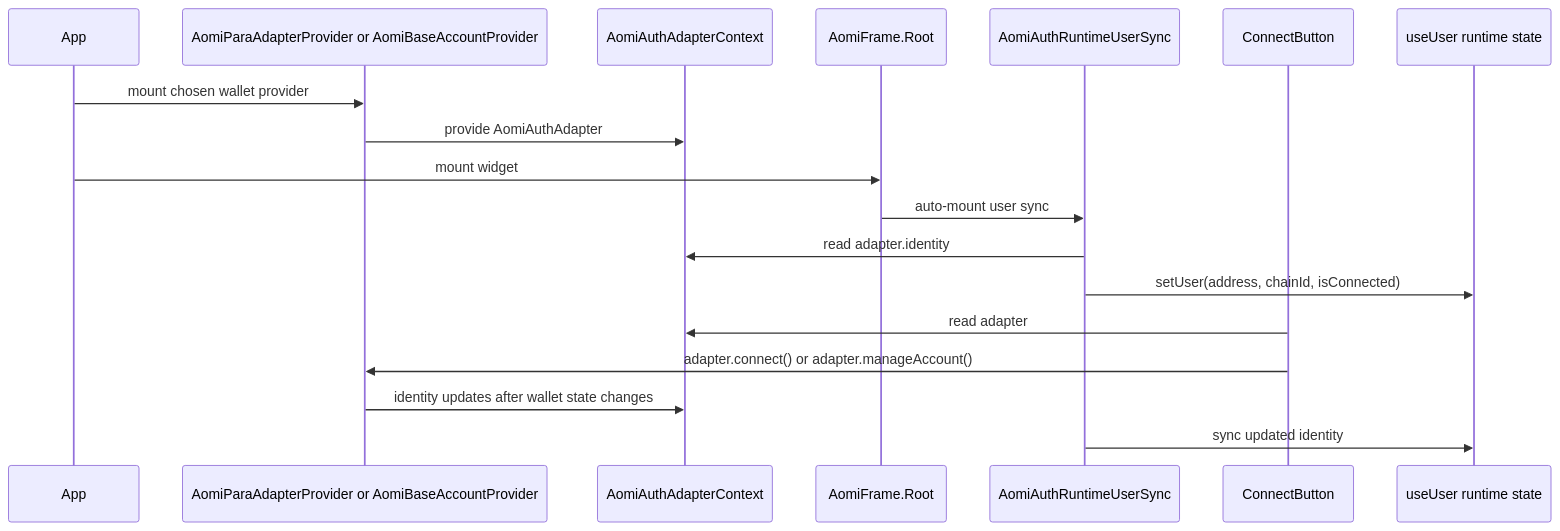
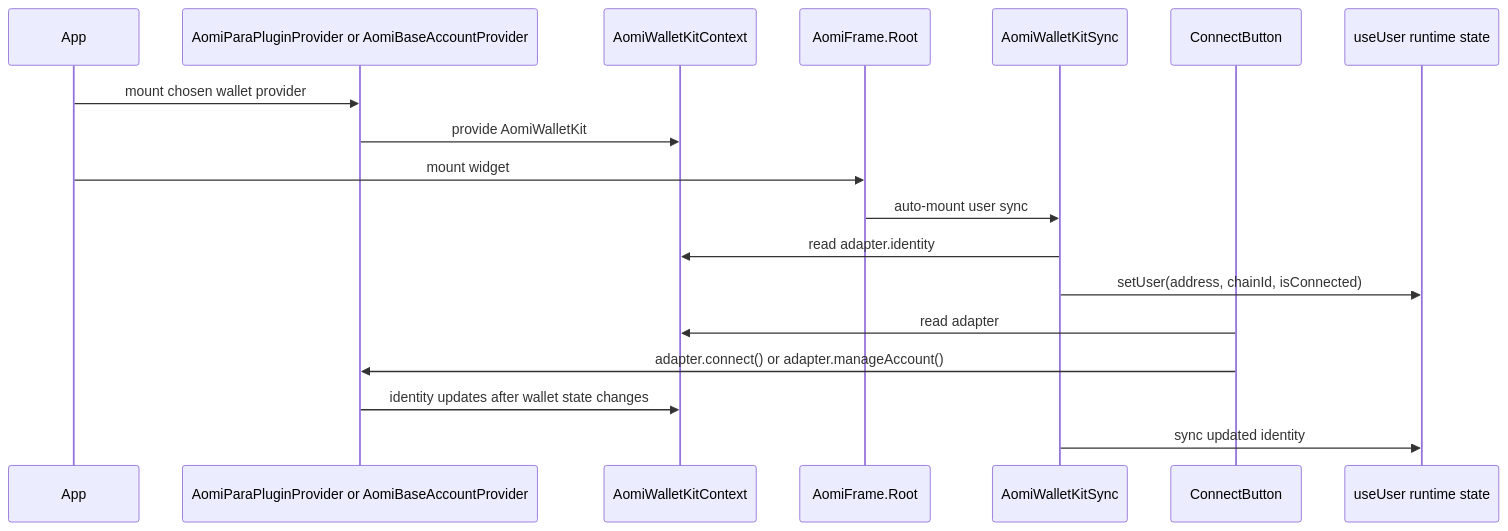
Before and after one commit to aomi-labs/aomi-widget: the fifth of 24 diagrams in specs/WALLET-ADAPTERS-ARCH.md, drawn with Mermaid. The commit also changed other lines of this file and 200 other files, not shown here.

````diff
--- a/specs/WALLET-ADAPTERS-ARCH.md
+++ b/specs/WALLET-ADAPTERS-ARCH.md
@@ -454,21 +454,21 @@
 ```mermaid
 sequenceDiagram
   participant App
-  participant Provider as AomiParaAdapterProvider or AomiBaseAccountProvider
-  participant Ctx as AomiAuthAdapterContext
+  participant Provider as AomiParaPluginProvider or AomiBaseAccountProvider
+  participant Ctx as AomiWalletKitContext
   participant Frame as AomiFrame.Root
-  participant Sync as AomiAuthRuntimeUserSync
+  participant Sync as AomiWalletKitSync
   participant CB as ConnectButton
   participant UserCtx as useUser runtime state
 
   App->>Provider: mount chosen wallet provider
-  Provider->>Ctx: provide AomiAuthAdapter
+  Provider->>Ctx: provide AomiWalletKit
   App->>Frame: mount widget
   Frame->>Sync: auto-mount user sync
   Sync->>Ctx: read adapter.identity
   Sync->>UserCtx: setUser(address, chainId, isConnected)
   CB->>Ctx: read adapter
   CB->>Provider: adapter.connect() or adapter.manageAccount()
   Provider->>Ctx: identity updates after wallet state changes
   Sync->>UserCtx: sync updated identity
 ```
````
